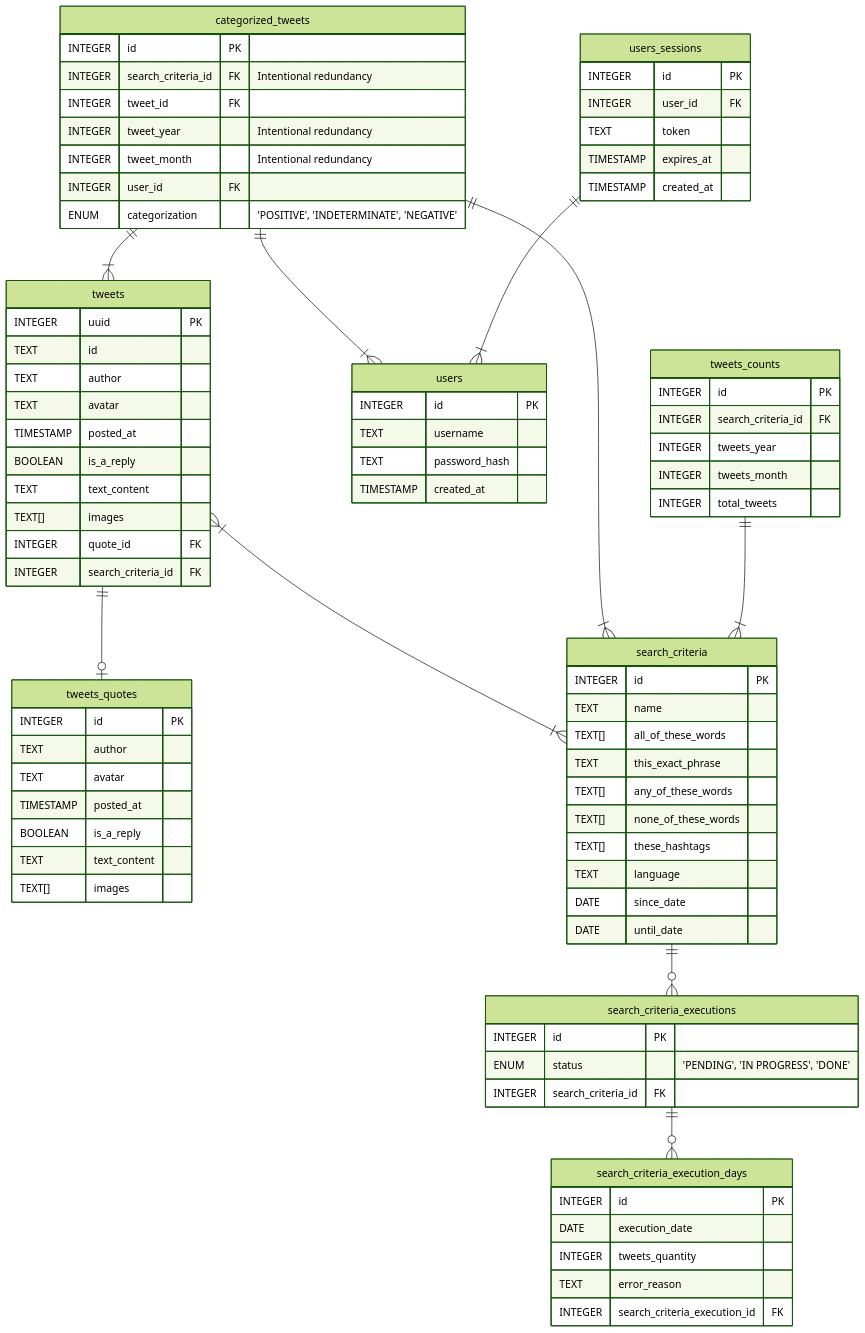
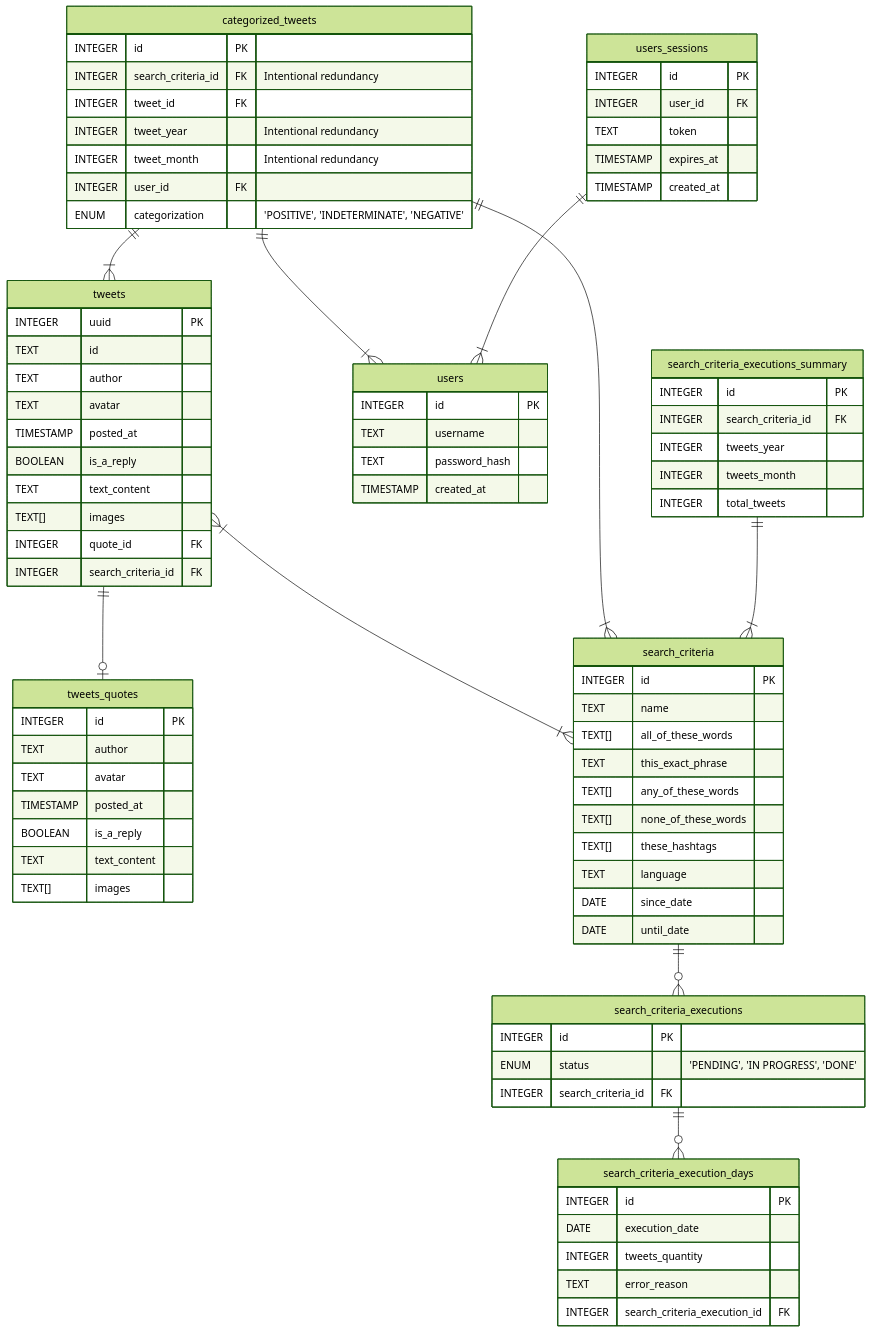
The diagram in README.md (lhbelfanti/ahbcc), drawn with Mermaid (forest theme) before and after one commit. The commit also changed 15 other files, not shown here.

Commit message:
🛠️ Refactor: added subpackage summary inside executions and moved all the logic the files that will be used to fill the table

```diff
--- a/README.md
+++ b/README.md
@@ -127,8 +127,8 @@
         TIMESTAMP expires_at
         TIMESTAMP created_at
     }
-    tweets_counts ||--|{ search_criteria : ""
-    tweets_counts {
+    search_criteria_executions_summary ||--|{ search_criteria : ""
+    search_criteria_executions_summary {
         INTEGER id PK
         INTEGER search_criteria_id FK
         INTEGER tweets_year
```
